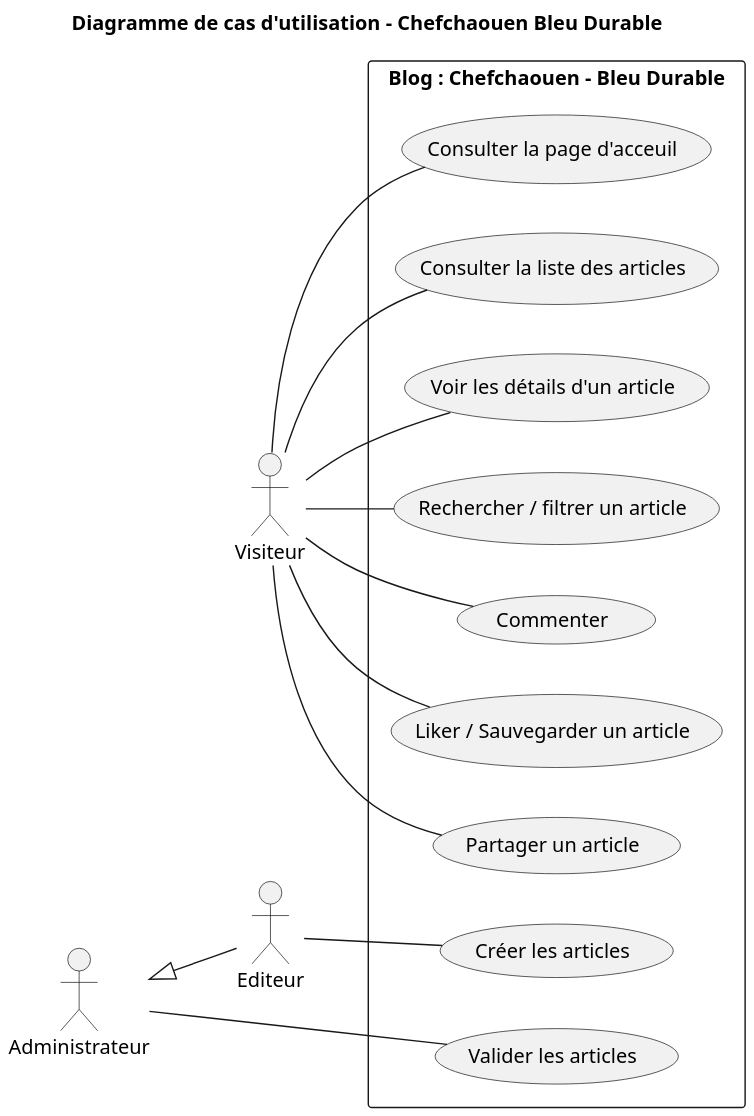
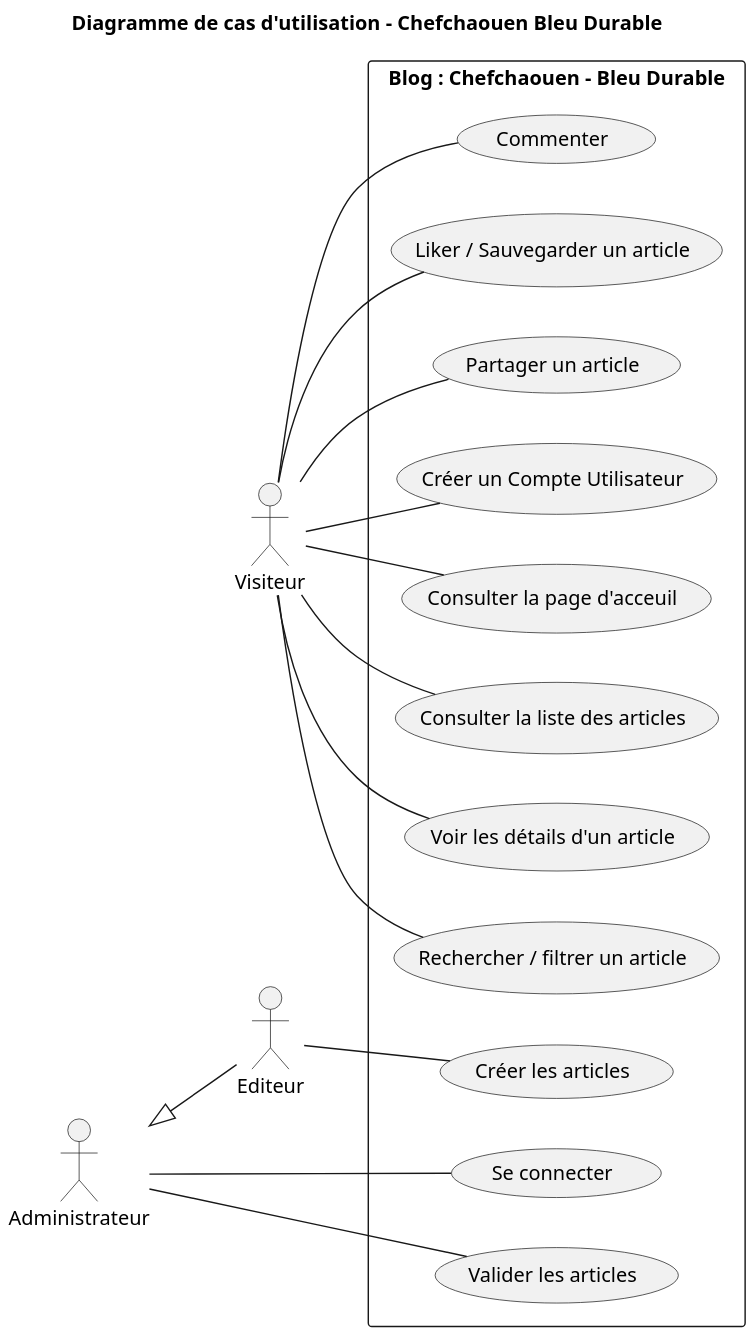
One commit to salma-dev123/blog-Chefchaouen-Bleu-Durable changed the diagram in fonctionnalités/diagram_useCase.puml. Above: the diagram before and after it, drawn with PlantUML. The commit also changed 2 other files, not shown here.

Commit message:
modification des  fonctionnalités et diagrammes

```diff
--- a/fonctionnalités/diagram_useCase.puml
+++ b/fonctionnalités/diagram_useCase.puml
@@ -1,39 +1,43 @@
 @startuml
 left to right direction
 scale 1.8
 title Diagramme de cas d'utilisation - Chefchaouen Bleu Durable
 
 actor "Visiteur" as Visiteur
 actor "Administrateur" as Admin
 actor "Editeur" as Editeur
 
 Admin <|-- Editeur
 
 rectangle "Blog : Chefchaouen - Bleu Durable" {
-  (Consulter la page d'acceuil) as UC1
-  (Consulter la liste des articles) as UC2
-  (Voir les détails d'un article) as UC3
-  (Rechercher / filtrer un article) as UC4
-  (Commenter) as UC5
-  (Liker / Sauvegarder un article) as UC6
-  (Partager un article) as UC7
-  (Créer les articles) as UC8
-  (Valider les articles) as UC9
+  (Créer un Compte Utilisateur) as UC1
+  (Consulter la page d'acceuil) as UC2
+  (Consulter la liste des articles) as UC3
+  (Voir les détails d'un article) as UC4
+  (Rechercher / filtrer un article) as UC5
+  (Commenter) as UC6
+  (Liker / Sauvegarder un article) as UC7
+  (Partager un article) as UC8
+  (Se connecter) as UC9
+  (Valider les articles) as UC10
+  (Créer les articles) as UC11
 }
 
 ' Relations du Visiteur
 Visiteur -- UC1
 Visiteur -- UC2
 Visiteur -- UC3
 Visiteur -- UC4
 Visiteur -- UC5
 Visiteur -- UC6
 Visiteur -- UC7
+Visiteur -- UC8
 
 ' Relations de l'Editeur
-Editeur -- UC8
+Editeur -- UC11
 
 ' Relations de l'Administrateur
 Admin -- UC9
+Admin -- UC10
 
 @enduml
```
